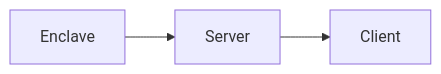
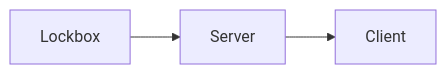
Before and after one commit to stutxo/mercurylayer: the diagram in README.md, drawn with Mermaid. The commit also changed other lines of this file and 274 other files, not shown here.

````diff
--- a/README.md
+++ b/README.md
@@ -7,5 +7,5 @@
 ```mermaid
 graph LR;
     Server-->Client;
-    Enclave-->Server
+    Lockbox-->Server
 ```
````
